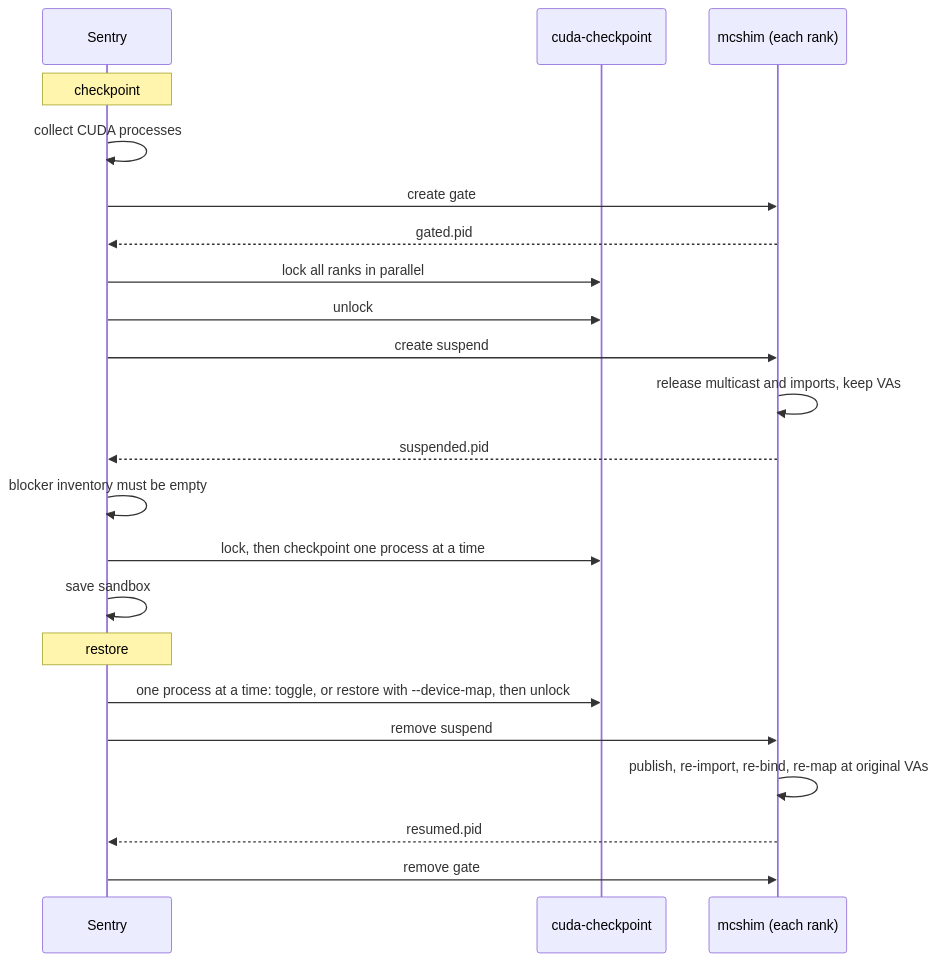
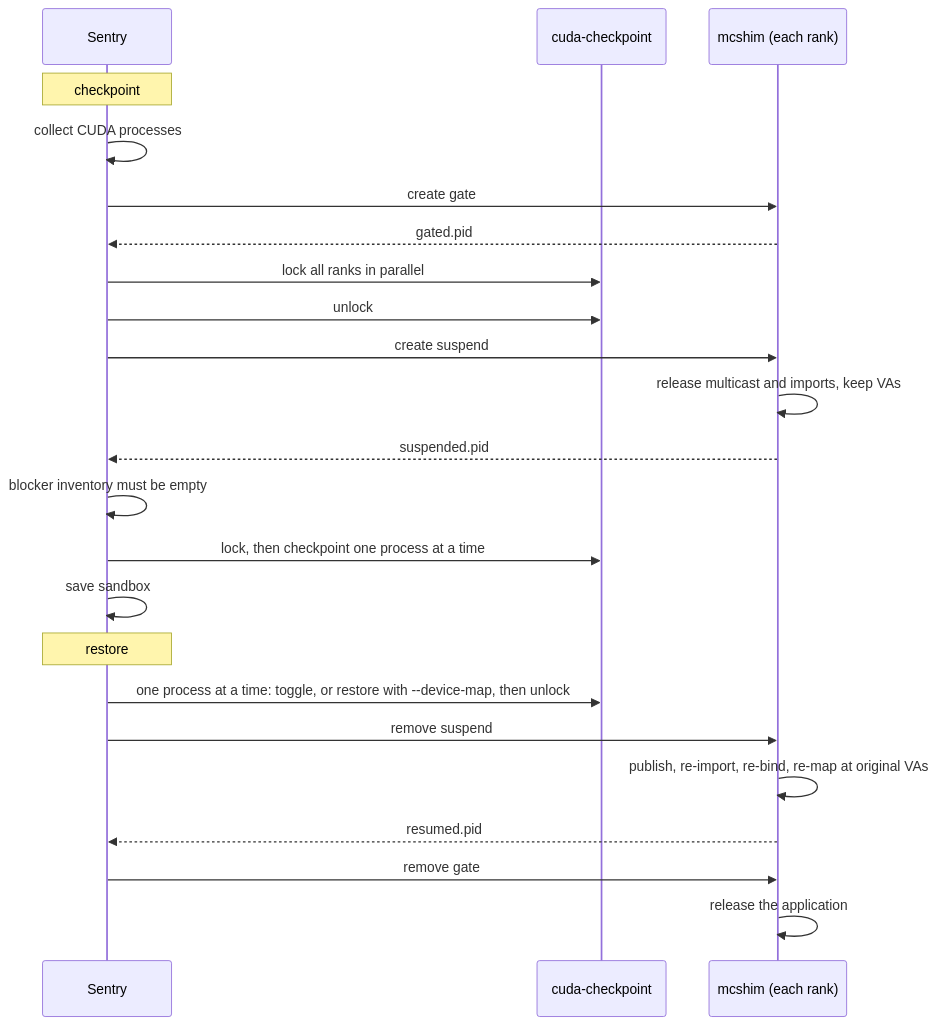
One commit to luiscape/gvisor changed the second of 2 diagrams in g3doc/proposals/cuda_multigpu_checkpoint.md. Above: the diagram before and after it, drawn with Mermaid. The commit also changed other lines of this file and 1 other file, not shown here.

````diff
--- a/g3doc/proposals/cuda_multigpu_checkpoint.md
+++ b/g3doc/proposals/cuda_multigpu_checkpoint.md
@@ -204,24 +209,25 @@
 ```mermaid
 sequenceDiagram
     participant S as Sentry
     participant C as cuda-checkpoint
     participant M as mcshim (each rank)
     Note over S: checkpoint
     S->>S: collect CUDA processes
     S->>M: create gate
     M-->>S: gated.pid
     S->>C: lock all ranks in parallel
     S->>C: unlock
     S->>M: create suspend
     M->>M: release multicast and imports, keep VAs
     M-->>S: suspended.pid
     S->>S: blocker inventory must be empty
     S->>C: lock, then checkpoint one process at a time
     S->>S: save sandbox
     Note over S: restore
     S->>C: one process at a time: toggle, or restore with --device-map, then unlock
     S->>M: remove suspend
     M->>M: publish, re-import, re-bind, re-map at original VAs
     M-->>S: resumed.pid
     S->>M: remove gate
+    M->>M: release the application
 ```
````
